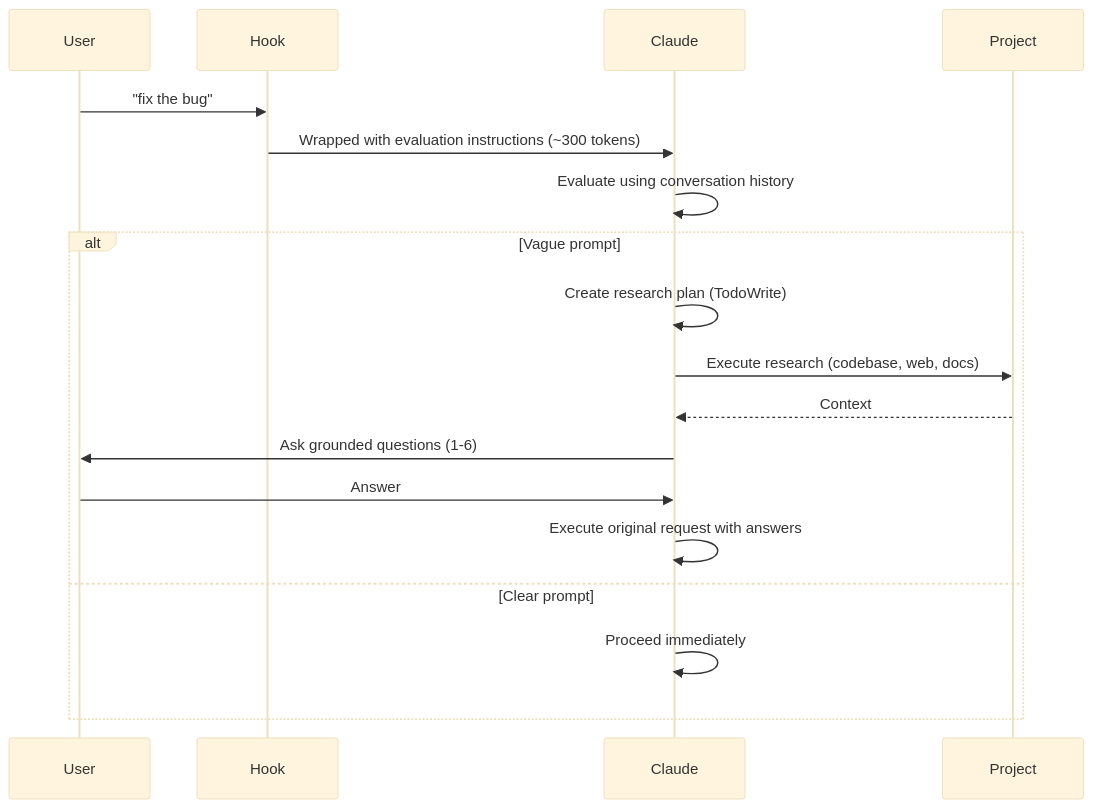
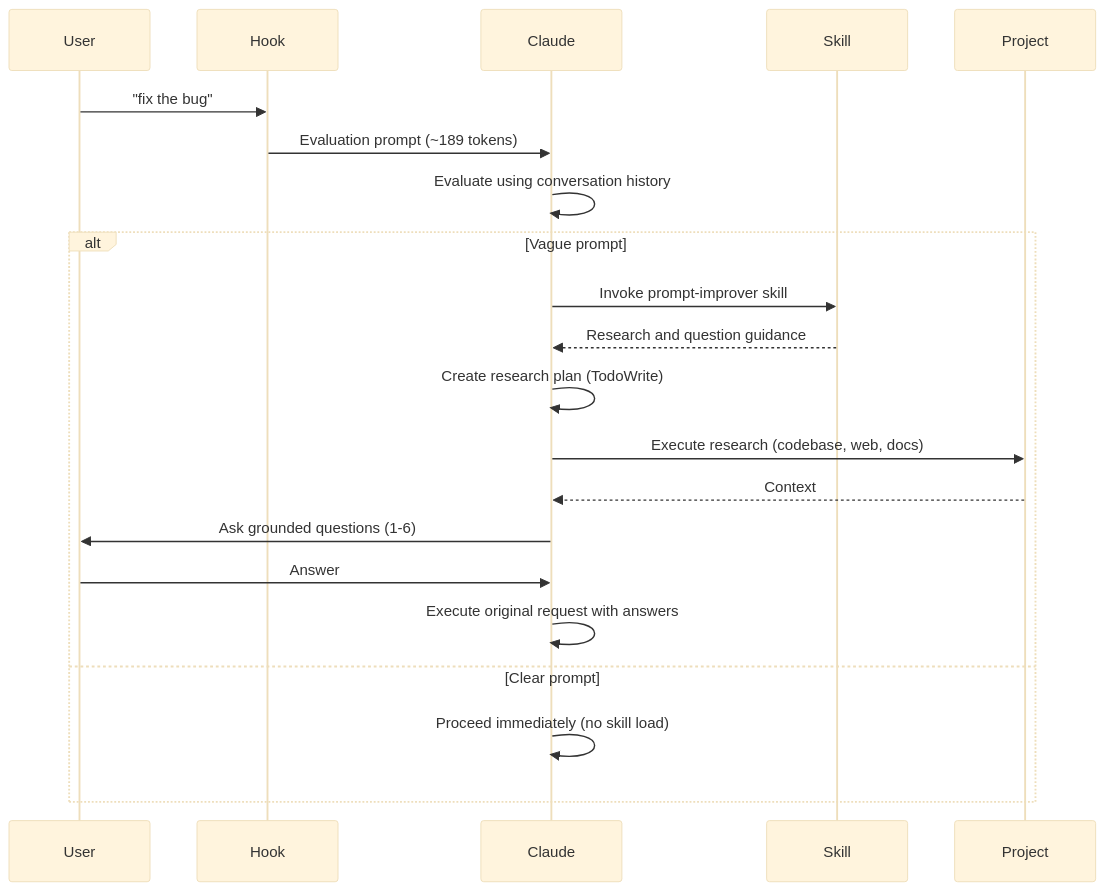
The diagram in README.md (severity1/claude-code-prompt-improver), drawn with Mermaid (base theme) before and after one commit. The commit also changed other lines of this file and 10 other files, not shown here.

First line of the commit message:
Release v0.4.0: Skill-based architecture with 31% token reduction (#11)

````diff
--- a/README.md
+++ b/README.md
@@ -18,21 +21,24 @@
 ```mermaid
 sequenceDiagram
     participant User
     participant Hook
     participant Claude
+    participant Skill
     participant Project
 
     User->>Hook: "fix the bug"
-    Hook->>Claude: Wrapped with evaluation instructions (~300 tokens)
+    Hook->>Claude: Evaluation prompt (~189 tokens)
     Claude->>Claude: Evaluate using conversation history
     alt Vague prompt
+        Claude->>Skill: Invoke prompt-improver skill
+        Skill-->>Claude: Research and question guidance
         Claude->>Claude: Create research plan (TodoWrite)
         Claude->>Project: Execute research (codebase, web, docs)
         Project-->>Claude: Context
         Claude->>User: Ask grounded questions (1-6)
         User->>Claude: Answer
         Claude->>Claude: Execute original request with answers
     else Clear prompt
-        Claude->>Claude: Proceed immediately
+        Claude->>Claude: Proceed immediately (no skill load)
     end
 ```
````
